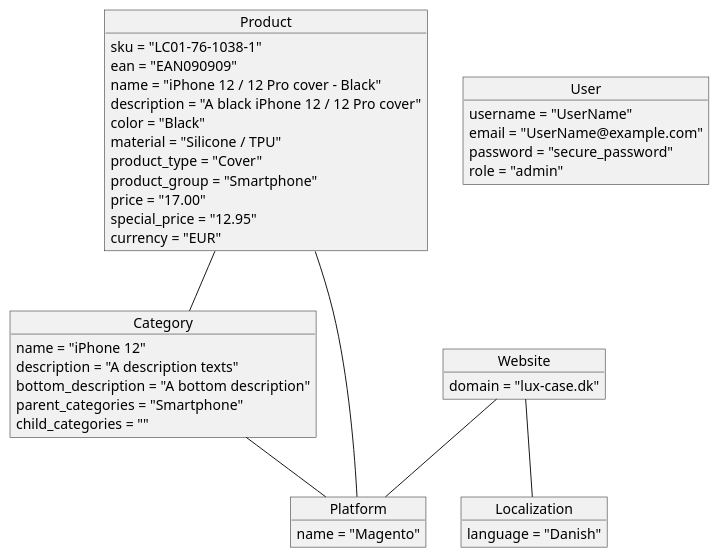
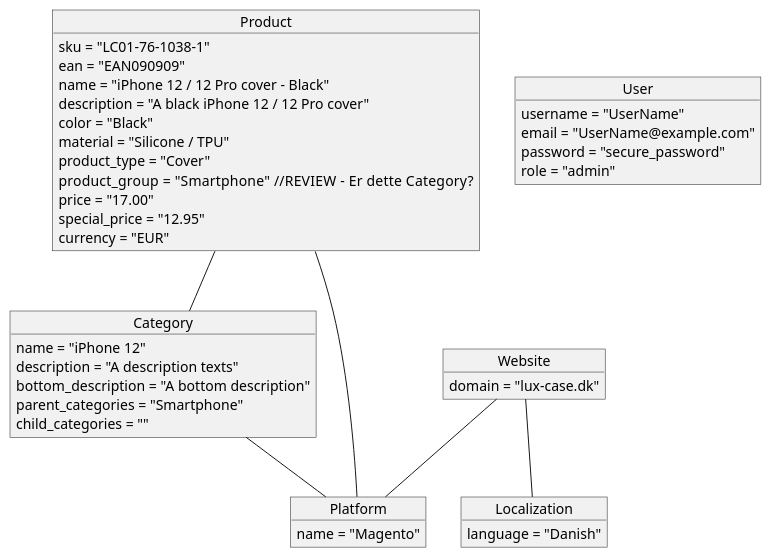
One commit to DMOoF23-S4-Team2/PMS-WePack changed the diagram in Documents/Models/DomainModel.plantuml. Above: the diagram before and after it, drawn with PlantUML. The commit also changed 7 other files, not shown here.

First line of the commit message:
chore: Update Product class with Currency property and modify Category navigation property to Array<Category>

```diff
--- a/Documents/Models/DomainModel.plantuml
+++ b/Documents/Models/DomainModel.plantuml
@@ -1,50 +1,50 @@
 @startuml Domain Model
 
 object "Product" as product {
     sku = "LC01-76-1038-1"
     ean = "EAN090909"
     name = "iPhone 12 / 12 Pro cover - Black"
     description = "A black iPhone 12 / 12 Pro cover"
     color = "Black"
     material = "Silicone / TPU"
     product_type = "Cover"
-    product_group = "Smartphone"
+    product_group = "Smartphone"    //REVIEW - Er dette Category?
     price = "17.00"
     special_price = "12.95"
     currency = "EUR"  
 }
 
 object "Category" as category {    
     name = "iPhone 12"  
     description = "A description texts"
     bottom_description = "A bottom description"
     parent_categories = "Smartphone"
     child_categories = ""
 }
 
 object "Localization" as localization {    
     language = "Danish"      
 }
 
 object "Platform" as platform {    
     name = "Magento"      
 }
 
 object "Website" as website {    
     domain = "lux-case.dk"      
 }
 
 object "User" as user {    
     username = "UserName"  
     email = "UserName@example.com"  
     password = "secure_password"
     role = "admin"
 }
 
 product -- category
 product -- platform
 category -- platform
 website -- platform
 website -- localization
 
 @enduml
```
